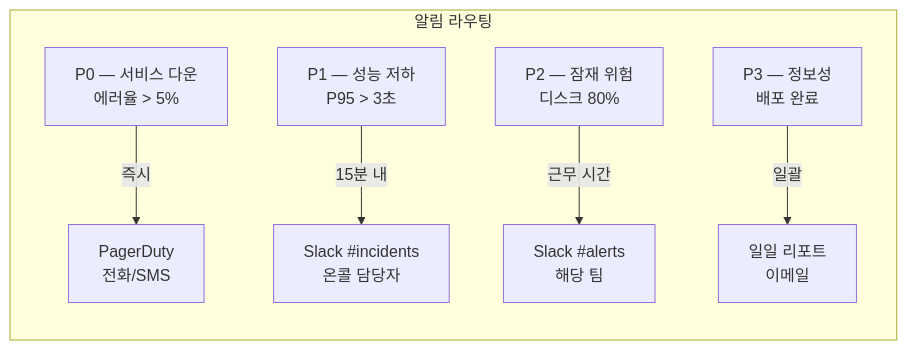
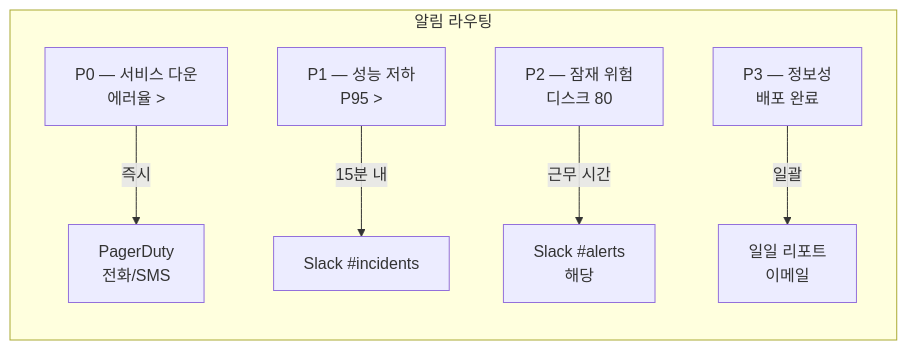
Before and after one commit to yjkim2015/yjkim2015.github.io: the sixth of 8 diagrams in _posts/monitoring/2026-05-03-sre-golden-signals.md, drawn with Mermaid. The commit also changed other lines of this file and 271 other files, not shown here.

First line of the commit message:
Mermaid 라벨 축소: 긴 노드 텍스트 18자 이하로 트림 + \n 제거

````diff
--- a/_posts/monitoring/2026-05-03-sre-golden-signals.md
+++ b/_posts/monitoring/2026-05-03-sre-golden-signals.md
@@ -382,9 +382,9 @@
 ```mermaid
 graph LR
     subgraph "알림 라우팅"
-        P0["P0 — 서비스 다운\n에러율 > 5%"] -->|"즉시"| PAGER["PagerDuty\n전화/SMS"]
-        P1["P1 — 성능 저하\nP95 > 3초"] -->|"15분 내"| INCIDENT["Slack #incidents\n온콜 담당자"]
-        P2["P2 — 잠재 위험\n디스크 80%"] -->|"근무 시간"| ALERT["Slack #alerts\n해당 팀"]
+        P0["P0 — 서비스 다운\n에러율 >"] -->|"즉시"| PAGER["PagerDuty\n전화/SMS"]
+        P1["P1 — 성능 저하\nP95 >"] -->|"15분 내"| INCIDENT["Slack #incidents\n"]
+        P2["P2 — 잠재 위험\n디스크 80"] -->|"근무 시간"| ALERT["Slack #alerts\n해당"]
         P3["P3 — 정보성\n배포 완료"] -->|"일괄"| INFO["일일 리포트\n이메일"]
     end
 ```
````
